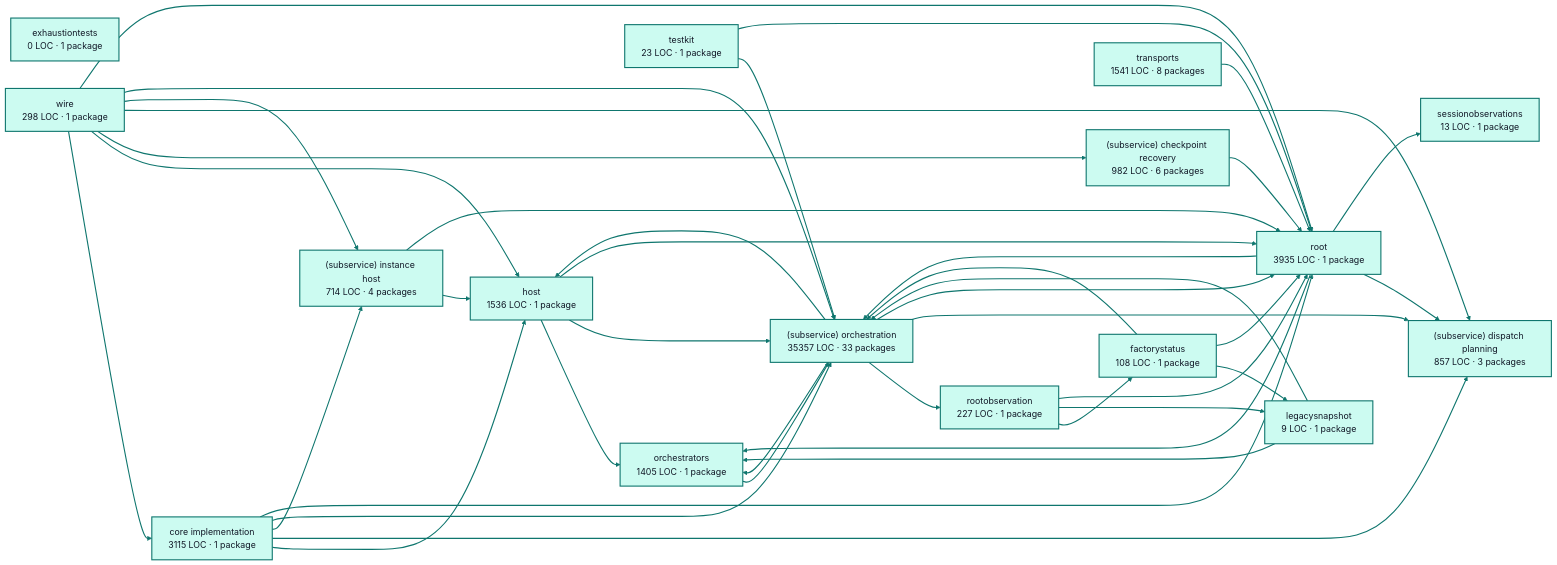
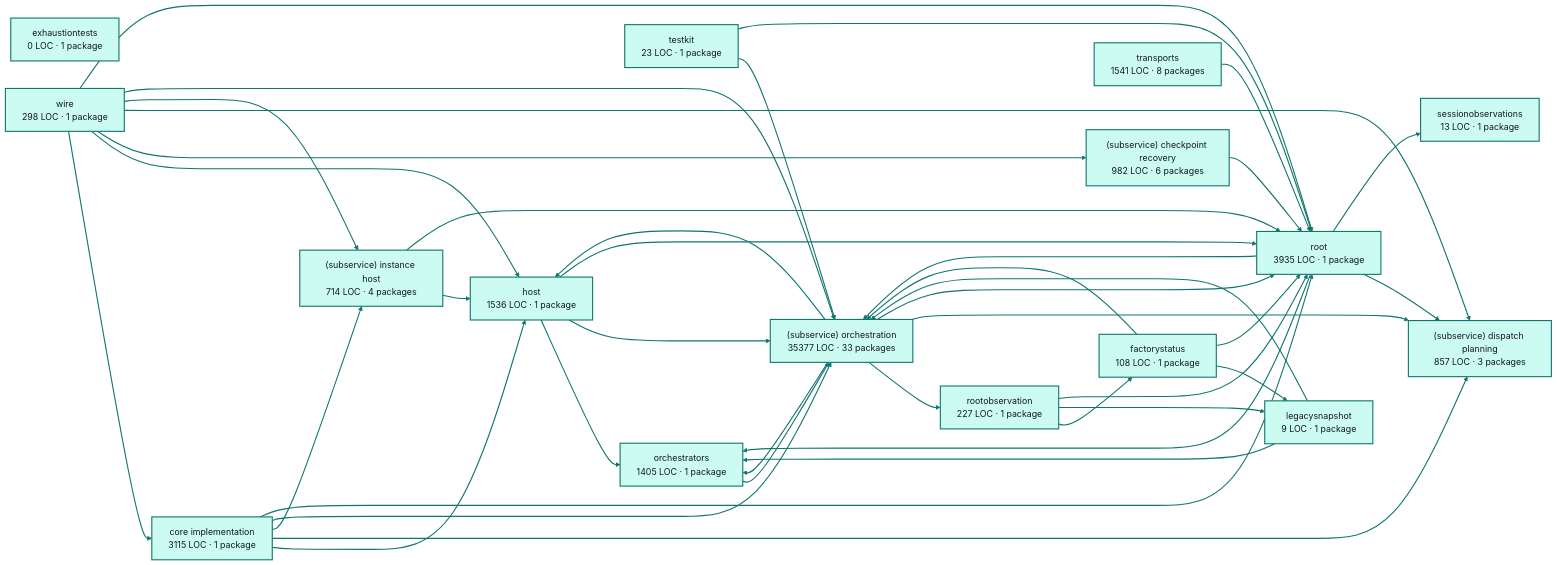
Before and after one commit to portpowered/you-agent-factory: the diagram in docs/architecture/visualizations/services/factory_runtime.md, drawn with Mermaid. The commit also changed other lines of this file and 21 other files, not shown here.

Commit message:
docs: refresh backend architecture visualizations (#3282)

````diff
--- a/docs/architecture/visualizations/services/factory_runtime.md
+++ b/docs/architecture/visualizations/services/factory_runtime.md
@@ -11,75 +11,75 @@
 ```mermaid
 flowchart LR
   p0["core implementation<br/>3115 LOC · 1 package"]
   p1["exhaustiontests<br/>0 LOC · 1 package"]
   p2["factorystatus<br/>108 LOC · 1 package"]
   p3["host<br/>1536 LOC · 1 package"]
   p4["legacysnapshot<br/>9 LOC · 1 package"]
   p5["orchestrators<br/>1405 LOC · 1 package"]
   p6["rootobservation<br/>227 LOC · 1 package"]
   p7["(subservice) checkpoint recovery<br/>982 LOC · 6 packages"]
   p8["(subservice) dispatch planning<br/>857 LOC · 3 packages"]
   p9["(subservice) instance host<br/>714 LOC · 4 packages"]
-  p10["(subservice) orchestration<br/>35357 LOC · 33 packages"]
+  p10["(subservice) orchestration<br/>35377 LOC · 33 packages"]
   p11["sessionobservations<br/>13 LOC · 1 package"]
   p12["testkit<br/>23 LOC · 1 package"]
   p13["root<br/>3935 LOC · 1 package"]
   p14["transports<br/>1541 LOC · 8 packages"]
   p15["wire<br/>298 LOC · 1 package"]
   p0 --> p3
   p0 --> p8
   p0 --> p9
   p0 --> p10
   p0 --> p13
   p2 --> p4
   p2 --> p10
   p2 --> p13
   p3 --> p5
   p3 --> p10
   p3 --> p13
   p4 --> p5
   p4 --> p10
   p5 --> p10
   p6 --> p2
   p6 --> p4
   p6 --> p13
   p7 --> p13
   p9 --> p3
   p9 --> p13
   p10 --> p3
   p10 --> p5
   p10 --> p6
   p10 --> p8
   p10 --> p13
   p12 --> p10
   p12 --> p13
   p13 --> p5
   p13 --> p8
   p13 --> p10
   p13 --> p11
   p14 --> p13
   p15 --> p0
   p15 --> p3
   p15 --> p7
   p15 --> p8
   p15 --> p9
   p15 --> p10
   p15 --> p13
   style p0 fill:#ccfbf1,stroke:#0f766e,stroke-width:2px,color:#111827
   style p1 fill:#ccfbf1,stroke:#0f766e,stroke-width:2px,color:#111827
   style p2 fill:#ccfbf1,stroke:#0f766e,stroke-width:2px,color:#111827
   style p3 fill:#ccfbf1,stroke:#0f766e,stroke-width:2px,color:#111827
   style p4 fill:#ccfbf1,stroke:#0f766e,stroke-width:2px,color:#111827
   style p5 fill:#ccfbf1,stroke:#0f766e,stroke-width:2px,color:#111827
   style p6 fill:#ccfbf1,stroke:#0f766e,stroke-width:2px,color:#111827
   style p7 fill:#ccfbf1,stroke:#0f766e,stroke-width:2px,color:#111827
   style p8 fill:#ccfbf1,stroke:#0f766e,stroke-width:2px,color:#111827
   style p9 fill:#ccfbf1,stroke:#0f766e,stroke-width:2px,color:#111827
   style p10 fill:#ccfbf1,stroke:#0f766e,stroke-width:2px,color:#111827
   style p11 fill:#ccfbf1,stroke:#0f766e,stroke-width:2px,color:#111827
   style p12 fill:#ccfbf1,stroke:#0f766e,stroke-width:2px,color:#111827
   style p13 fill:#ccfbf1,stroke:#0f766e,stroke-width:2px,color:#111827
   style p14 fill:#ccfbf1,stroke:#0f766e,stroke-width:2px,color:#111827
   style p15 fill:#ccfbf1,stroke:#0f766e,stroke-width:2px,color:#111827
   linkStyle default stroke:#0f766e,stroke-width:2px
 ```
````
